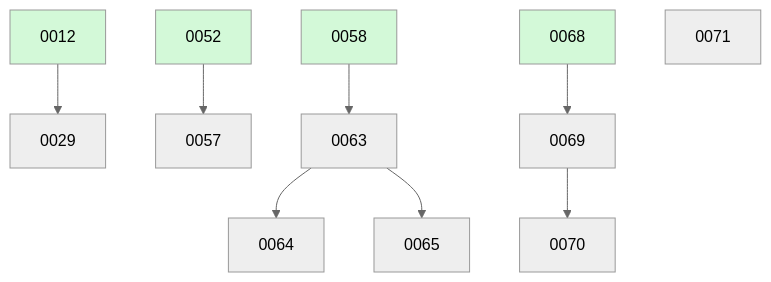
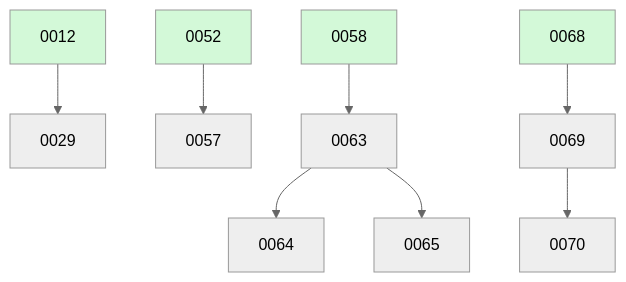
One commit to ethanhinson/fuse changed the diagram in docs/changes/BOARD.md. Above: the diagram before and after it, drawn with Mermaid (neutral theme). The commit also changed other lines of this file, not shown here.

````diff
--- a/docs/changes/BOARD.md
+++ b/docs/changes/BOARD.md
@@ -28,16 +22,15 @@
 ```mermaid
 graph TD
   0012 --> 0029
   0052 --> 0057
   0058 --> 0063
   0063 --> 0064
   0063 --> 0065
   0068 --> 0069
   0069 --> 0070
-  0071
   0012:::done
   0052:::done
   0058:::done
   0068:::done
   classDef done fill:#d3f9d8;
 ```
````
